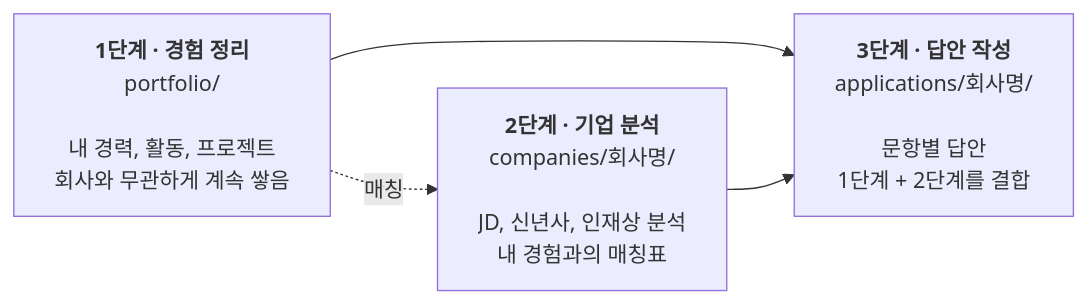
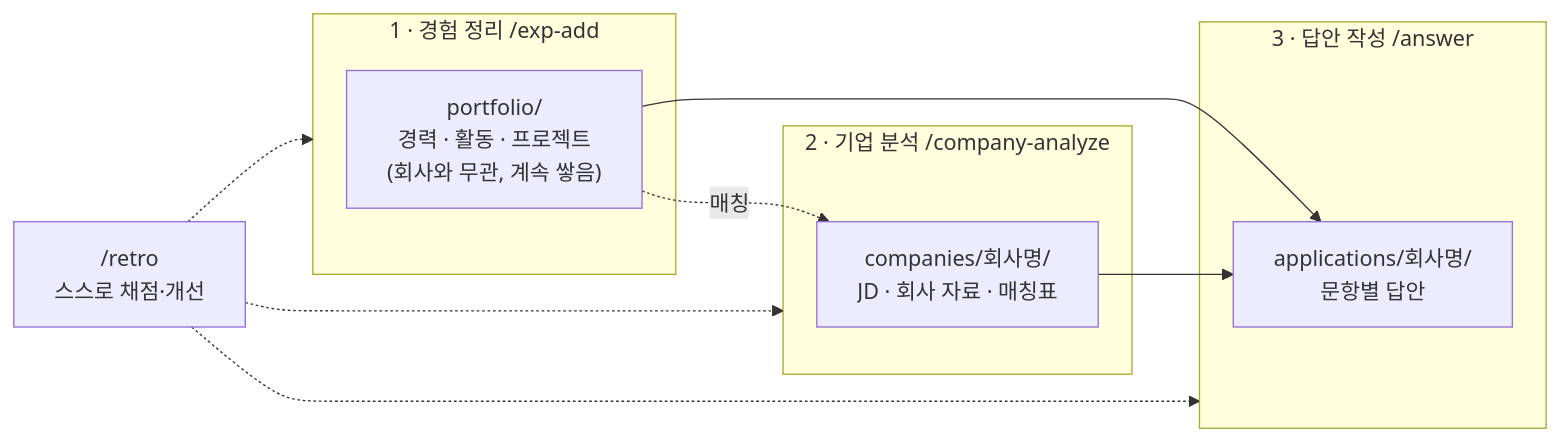
One commit to ssxrxbx/Resume changed the first of 3 diagrams in README.md. Above: the diagram before and after it, drawn with Mermaid. The commit also changed other lines of this file and 1 other file, not shown here.

````diff
--- a/README.md
+++ b/README.md
@@ -34,9 +10,16 @@
 ```mermaid
 flowchart LR
-    A["<b>1단계 · 경험 정리</b><br/>portfolio/<br/><br/>내 경력, 활동, 프로젝트<br/>회사와 무관하게 계속 쌓음"]
-    B["<b>2단계 · 기업 분석</b><br/>companies/회사명/<br/><br/>JD, 신년사, 인재상 분석<br/>내 경험과의 매칭표"]
-    C["<b>3단계 · 답안 작성</b><br/>applications/회사명/<br/><br/>문항별 답안<br/>1단계 + 2단계를 결합"]
-    A --> C
-    B --> C
-    A -. 매칭 .-> B
+    subgraph P["1 · 경험 정리  /exp-add"]
+        P1["portfolio/<br/>경력 · 활동 · 프로젝트<br/>(회사와 무관, 계속 쌓음)"]
+    end
+    subgraph C["2 · 기업 분석  /company-analyze"]
+        C1["companies/회사명/<br/>JD · 회사 자료 · 매칭표"]
+    end
+    subgraph A["3 · 답안 작성  /answer"]
+        A1["applications/회사명/<br/>문항별 답안"]
+    end
+    P1 --> A1
+    C1 --> A1
+    P1 -. 매칭 .-> C1
+    R["/retro<br/>스스로 채점·개선"] -.-> P & C & A
 ```
````
